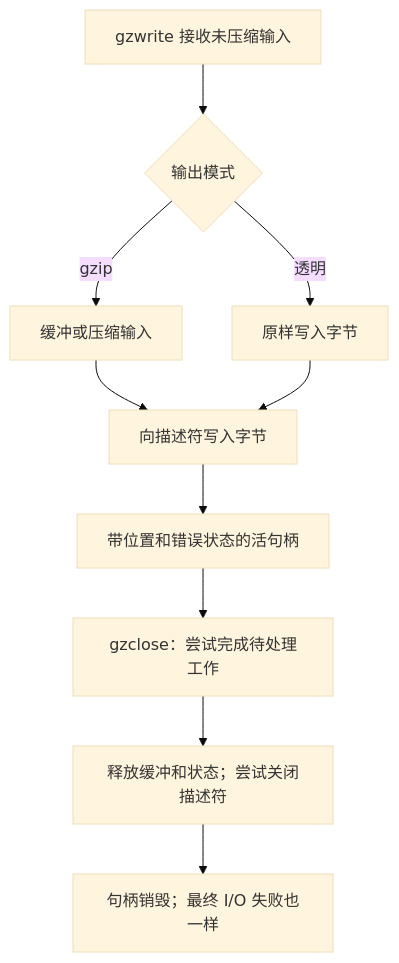
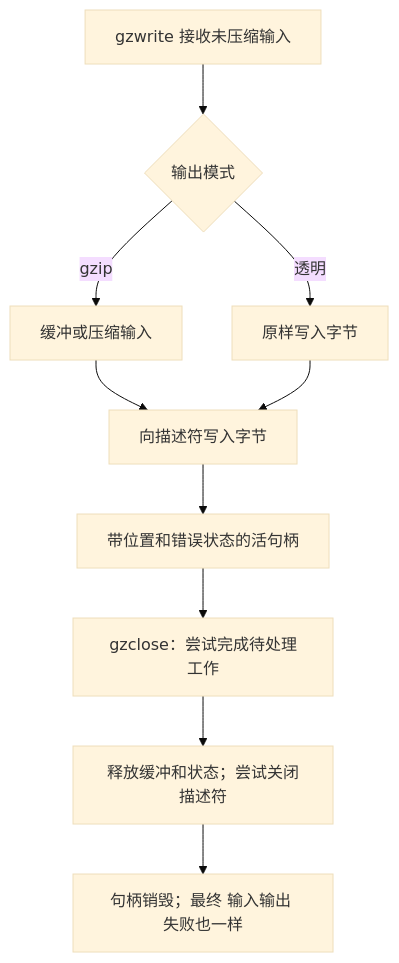
One commit to cla7aye15I4nd/zlib-f changed the second of 2 diagrams in site/content/sample/gzip.zh.md. Above: the diagram before and after it, drawn with Mermaid (base theme). The commit also changed other lines of this file and 58 other files, not shown here.

````diff
--- a/site/content/sample/gzip.zh.md
+++ b/site/content/sample/gzip.zh.md
@@ -117,12 +117,12 @@
 ```mermaid
 flowchart TD
     Write["gzwrite 接收未压缩输入"] --> Mode{"输出模式"}
     Mode -->|gzip| Codec["缓冲或压缩输入"]
     Mode -->|透明| Direct["原样写入字节"]
     Codec --> IO["向描述符写入字节"]
     Direct --> IO
     IO --> Live["带位置和错误状态的活句柄"]
     Live --> Close["gzclose：尝试完成待处理工作"]
     Close --> Release["释放缓冲和状态；尝试关闭描述符"]
-    Release --> Gone["句柄销毁；最终 I/O 失败也一样"]
+    Release --> Gone["句柄销毁；最终 输入输出 失败也一样"]
 ```
````
